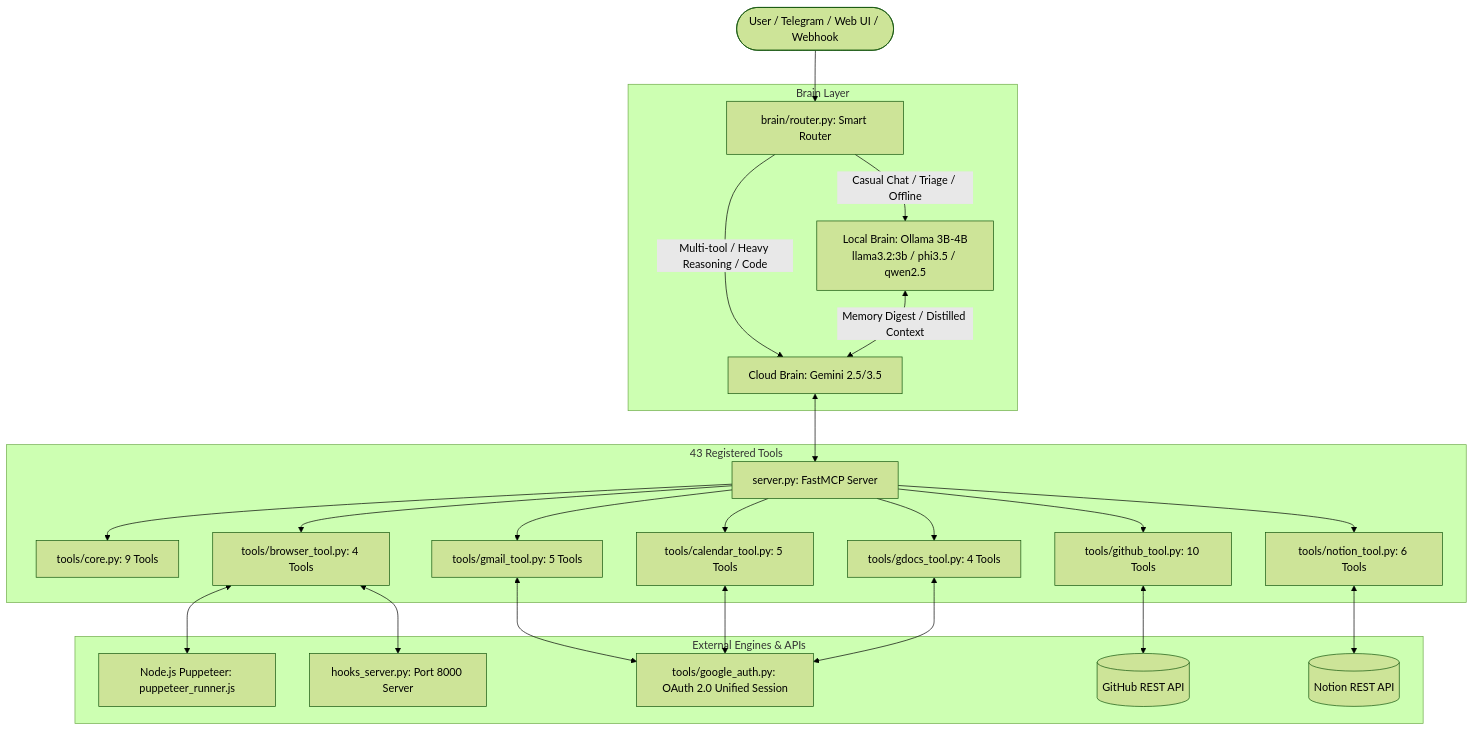
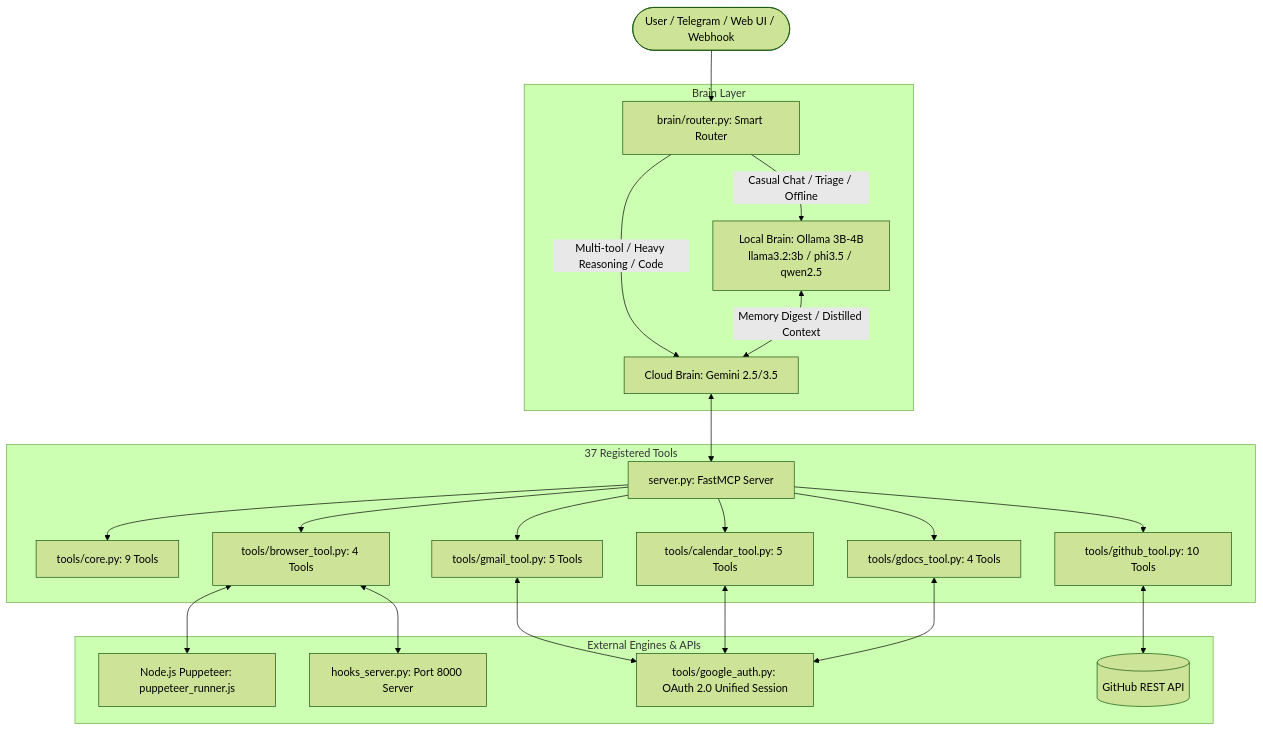
Before and after one commit to AlexBrighten/Hope-Old: the diagram in README.md, drawn with Mermaid (forest theme). The commit also changed other lines of this file and 10 other files, not shown here.

Commit message:
refactor: remove Notion integration across tools, router, server, and docs

````diff
--- a/README.md
+++ b/README.md
@@ -53,29 +51,27 @@
 ```mermaid
 flowchart TD
     User([User / Telegram / Web UI / Webhook]) --> Router[brain/router.py: Smart Router]
     
     subgraph Brain Layer
         Router -->|Casual Chat / Triage / Offline| LocalBrain[Local Brain: Ollama 3B-4B<br/>llama3.2:3b / phi3.5 / qwen2.5]
         Router -->|Multi-tool / Heavy Reasoning / Code| CloudBrain[Cloud Brain: Gemini 2.5/3.5]
         LocalBrain <-->|Memory Digest / Distilled Context| CloudBrain
     end
 
-    subgraph FastMCP Tool Suite [43 Registered Tools]
+    subgraph FastMCP Tool Suite [37 Registered Tools]
         CloudBrain <--> MCP[server.py: FastMCP Server]
         MCP --> Core[tools/core.py: 9 Tools]
         MCP --> GH[tools/github_tool.py: 10 Tools]
         MCP --> GM[tools/gmail_tool.py: 5 Tools]
         MCP --> GC[tools/calendar_tool.py: 5 Tools]
         MCP --> GD[tools/gdocs_tool.py: 4 Tools]
-        MCP --> NT[tools/notion_tool.py: 6 Tools]
         MCP --> BR[tools/browser_tool.py: 4 Tools]
     end
 
     subgraph External Engines & APIs
         BR <--> Puppeteer[Node.js Puppeteer: puppeteer_runner.js]
         BR <--> WebhookServer[hooks_server.py: Port 8000 Server]
         GM & GC & GD <--> GoogleAuth[tools/google_auth.py: OAuth 2.0 Unified Session]
         GH <--> GitHubAPI[(GitHub REST API)]
-        NT <--> NotionAPI[(Notion REST API)]
     end
 ```
````
